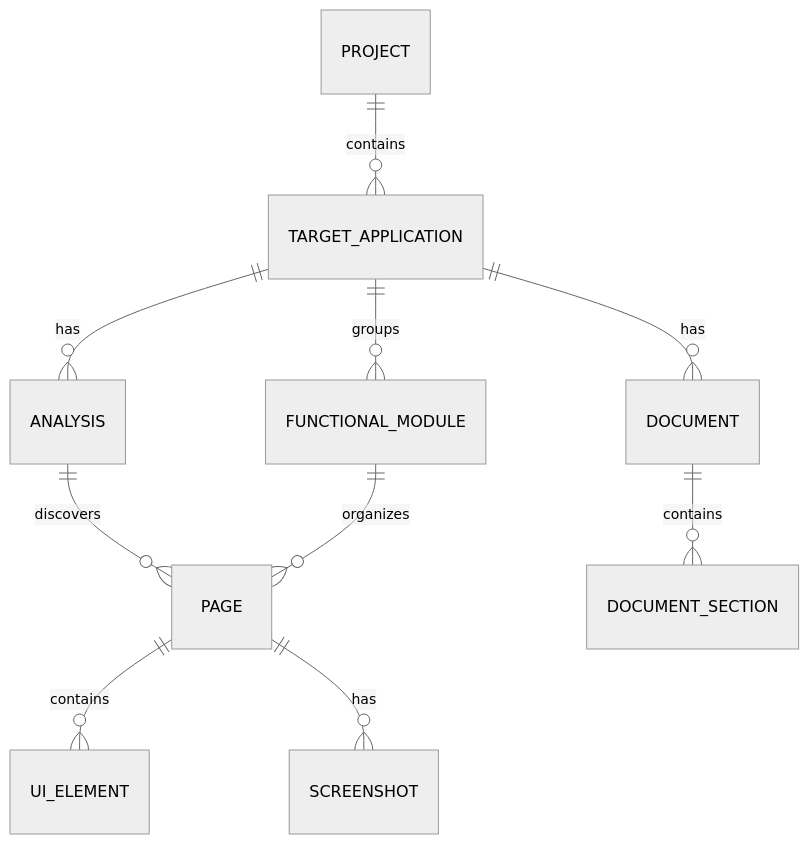
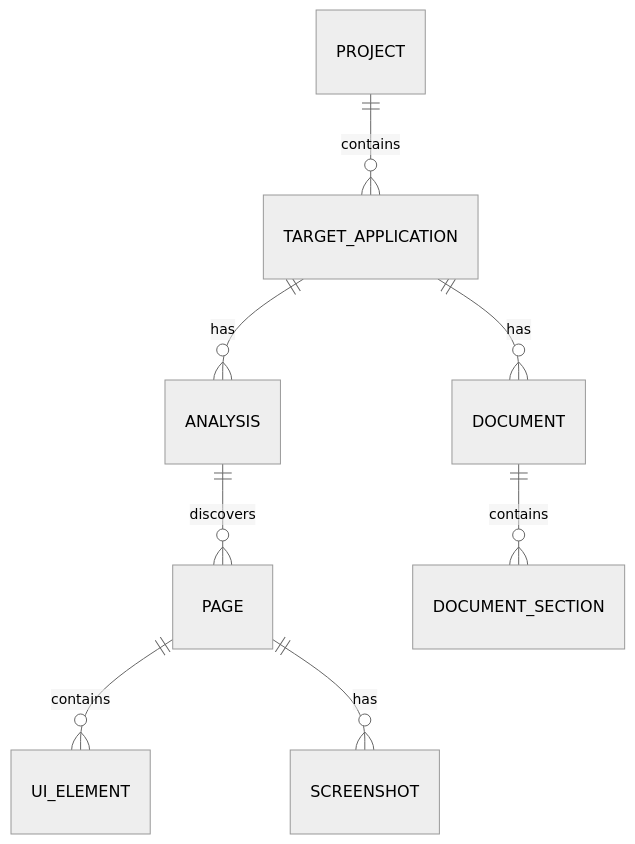
The second of 2 diagrams in architecture.md (alejo888/system-guide-forge), drawn with Mermaid (neutral theme) before and after one commit. The commit also changed other lines of this file and 4 other files, not shown here.

````diff
--- a/architecture.md
+++ b/architecture.md
@@ -88,12 +87,10 @@
 ```mermaid
 erDiagram
     PROJECT ||--o{ TARGET_APPLICATION : contains
     TARGET_APPLICATION ||--o{ ANALYSIS : has
     ANALYSIS ||--o{ PAGE : discovers
     PAGE ||--o{ UI_ELEMENT : contains
     PAGE ||--o{ SCREENSHOT : has
-    TARGET_APPLICATION ||--o{ FUNCTIONAL_MODULE : groups
-    FUNCTIONAL_MODULE ||--o{ PAGE : organizes
     TARGET_APPLICATION ||--o{ DOCUMENT : has
     DOCUMENT ||--o{ DOCUMENT_SECTION : contains
 ```
````
